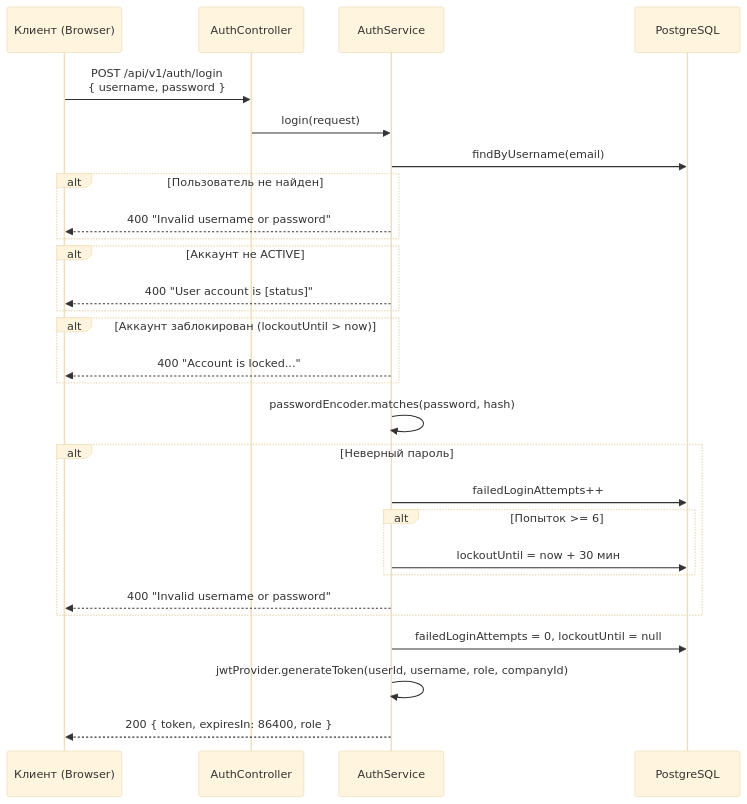
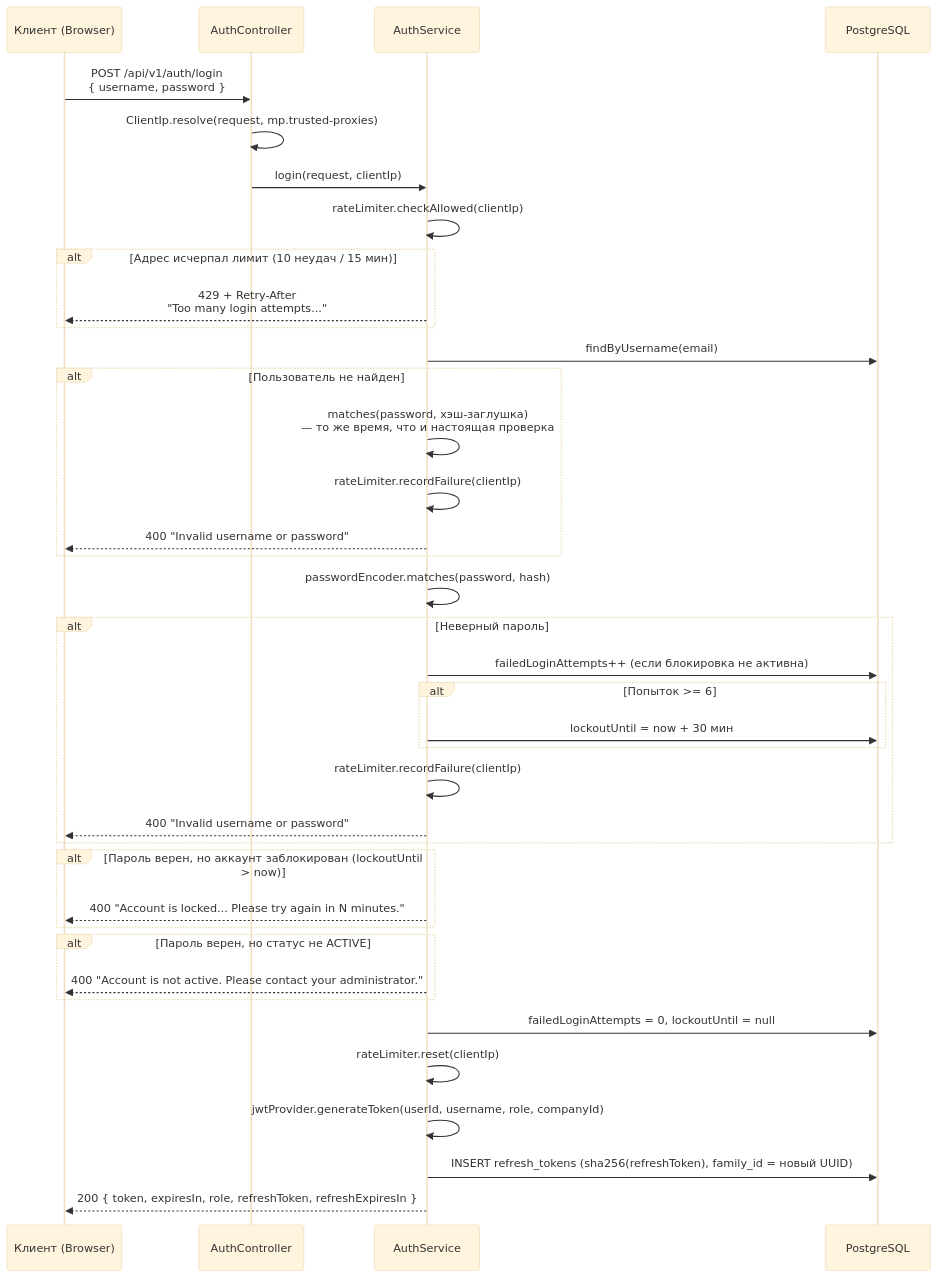
One commit to Gaena/merchant-portal-mk changed the fourth of 12 diagrams in application_description.md. Above: the diagram before and after it, drawn with Mermaid (base theme). The commit also changed other lines of this file and 502 other files, not shown here.

````diff
--- a/application_description.md
+++ b/application_description.md
@@ -288,37 +485,49 @@
 ```mermaid
 sequenceDiagram
     participant C as Клиент (Browser)
     participant A as AuthController
     participant S as AuthService
     participant DB as PostgreSQL
 
     C->>A: POST /api/v1/auth/login<br/>{ username, password }
-    A->>S: login(request)
+    A->>A: ClientIp.resolve(request, mp.trusted-proxies)
+    A->>S: login(request, clientIp)
+    S->>S: rateLimiter.checkAllowed(clientIp)
+
+    alt Адрес исчерпал лимит (10 неудач / 15 мин)
+        S-->>C: 429 + Retry-After<br/>"Too many login attempts..."
+    end
+
     S->>DB: findByUsername(email)
-    
+
     alt Пользователь не найден
+        S->>S: matches(password, хэш-заглушка)<br/>— то же время, что и настоящая проверка
+        S->>S: rateLimiter.recordFailure(clientIp)
         S-->>C: 400 "Invalid username or password"
     end
-    
-    alt Аккаунт не ACTIVE
-        S-->>C: 400 "User account is [status]"
-    end
-    
-    alt Аккаунт заблокирован (lockoutUntil > now)
-        S-->>C: 400 "Account is locked..."
-    end
-    
+
     S->>S: passwordEncoder.matches(password, hash)
-    
+
     alt Неверный пароль
-        S->>DB: failedLoginAttempts++
+        S->>DB: failedLoginAttempts++ (если блокировка не активна)
         alt Попыток >= 6
             S->>DB: lockoutUntil = now + 30 мин
         end
+        S->>S: rateLimiter.recordFailure(clientIp)
         S-->>C: 400 "Invalid username or password"
     end
-    
+
+    alt Пароль верен, но аккаунт заблокирован (lockoutUntil > now)
+        S-->>C: 400 "Account is locked... Please try again in N minutes."
+    end
+
+    alt Пароль верен, но статус не ACTIVE
+        S-->>C: 400 "Account is not active. Please contact your administrator."
+    end
+
     S->>DB: failedLoginAttempts = 0, lockoutUntil = null
+    S->>S: rateLimiter.reset(clientIp)
     S->>S: jwtProvider.generateToken(userId, username, role, companyId)
-    S-->>C: 200 { token, expiresIn: 86400, role }
+    S->>DB: INSERT refresh_tokens (sha256(refreshToken), family_id = новый UUID)
+    S-->>C: 200 { token, expiresIn, role, refreshToken, refreshExpiresIn }
 ```
````
